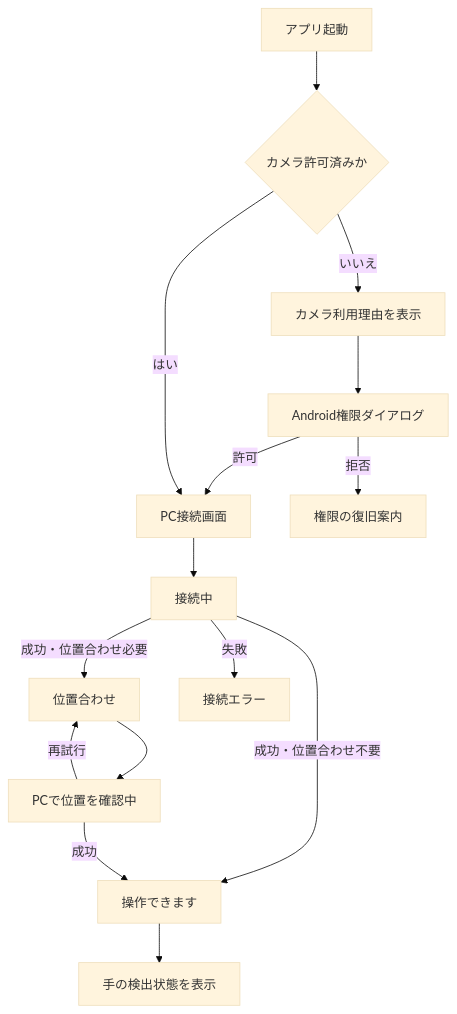
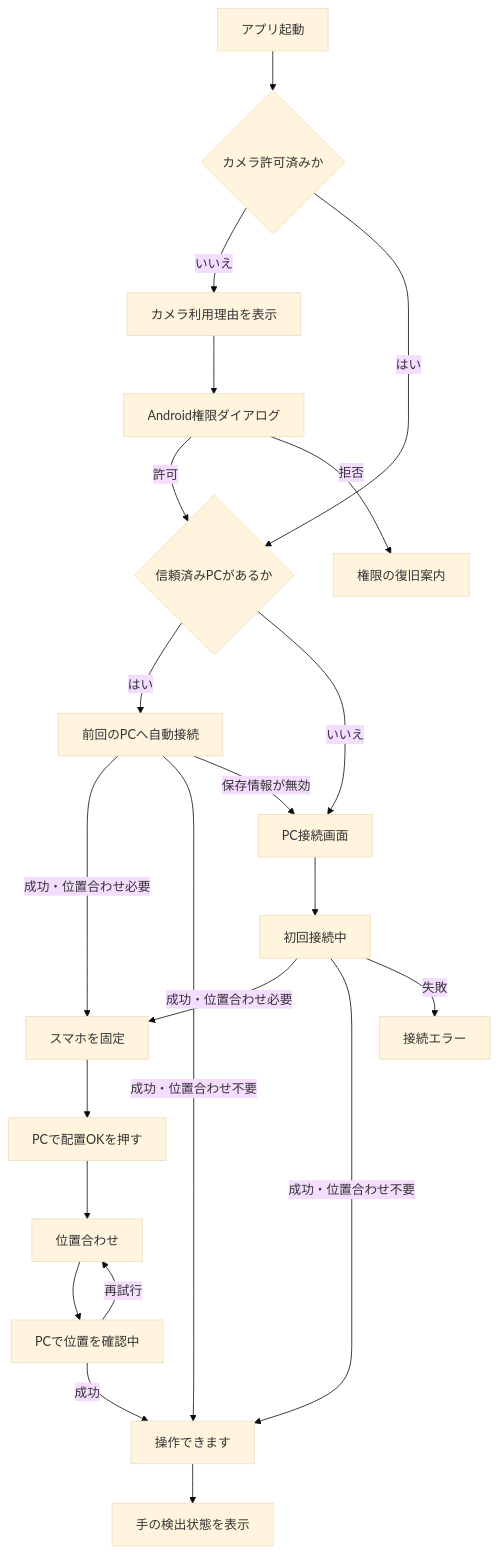
The diagram in docs/android/android-ui-requirements.md (KIT-DevelopersHub/screact), drawn with Mermaid (base theme) before and after one commit. The commit also changed other lines of this file and 11 other files, not shown here.

````diff
--- a/docs/android/android-ui-requirements.md
+++ b/docs/android/android-ui-requirements.md
@@ -97,17 +97,24 @@
 ```mermaid
 flowchart TD
     Start[アプリ起動] --> Permission{カメラ許可済みか}
     Permission -->|いいえ| PermissionGuide[カメラ利用理由を表示]
     PermissionGuide --> SystemPermission[Android権限ダイアログ]
-    SystemPermission -->|許可| Connect[PC接続画面]
+    SystemPermission -->|許可| Saved{信頼済みPCがあるか}
     SystemPermission -->|拒否| PermissionError[権限の復旧案内]
-    Permission -->|はい| Connect
-    Connect --> Connecting[接続中]
-    Connecting -->|成功・位置合わせ必要| Calibration[位置合わせ]
-    Connecting -->|成功・位置合わせ不要| Ready[操作できます]
+    Permission -->|はい| Saved
+    Saved -->|はい| AutoConnecting[前回のPCへ自動接続]
+    Saved -->|いいえ| Connect[PC接続画面]
+    Connect --> Connecting[初回接続中]
+    AutoConnecting -->|成功・位置合わせ必要| Placement[スマホを固定]
+    AutoConnecting -->|成功・位置合わせ不要| Ready[操作できます]
+    AutoConnecting -->|保存情報が無効| Connect
+    Connecting -->|成功・位置合わせ必要| Placement
+    Connecting -->|成功・位置合わせ不要| Ready
     Connecting -->|失敗| ConnectError[接続エラー]
+    Placement --> PcConfirm[PCで配置OKを押す]
+    PcConfirm --> Calibration[位置合わせ]
     Calibration --> PcCheck[PCで位置を確認中]
     PcCheck -->|成功| Ready
     PcCheck -->|再試行| Calibration
     Ready --> Tracking[手の検出状態を表示]
 ```
````
